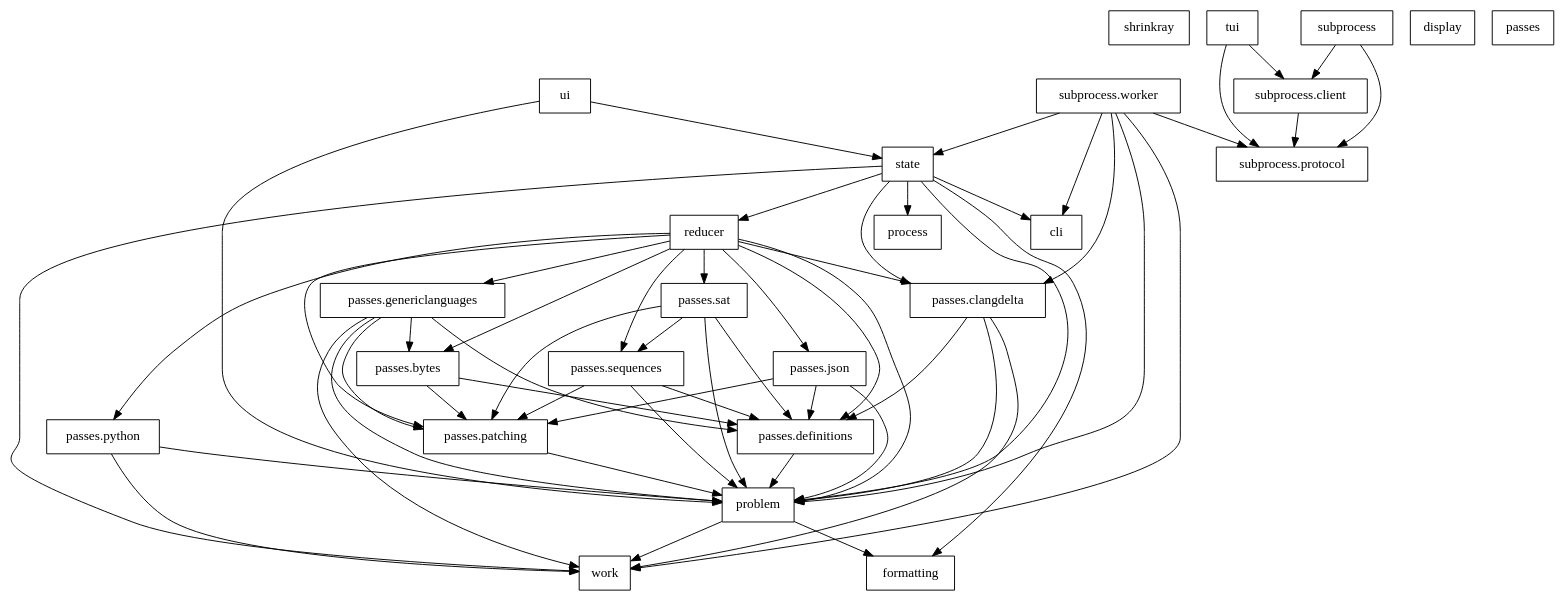
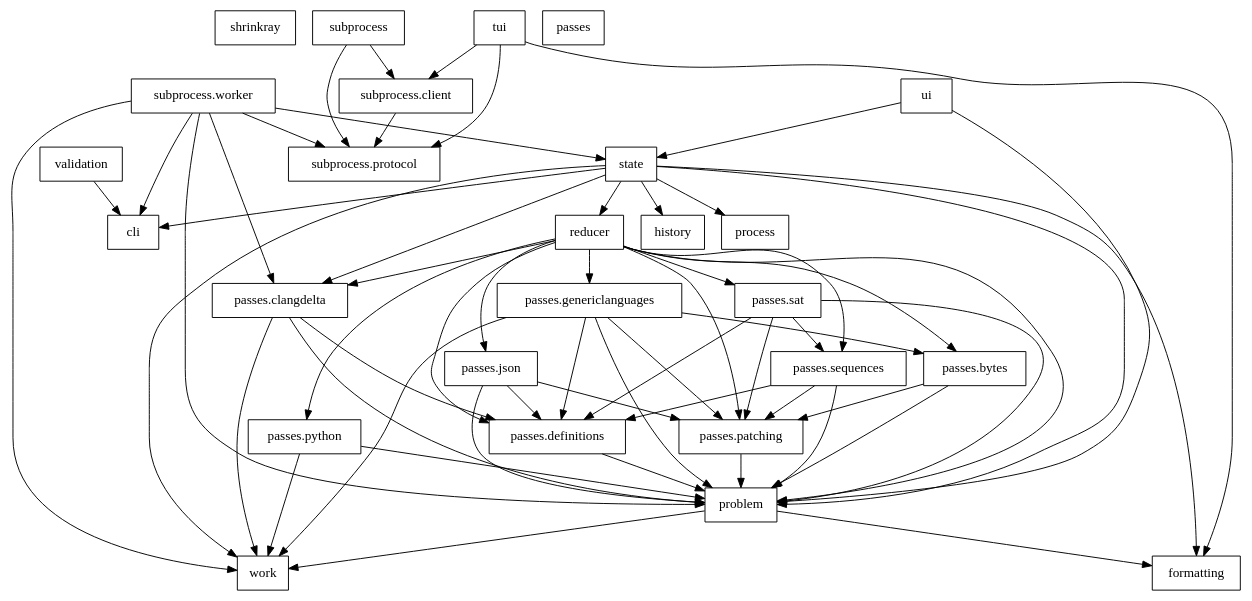
One commit to DRMacIver/shrinkray changed the diagram in notes/import-graph.dot. Above: the diagram before and after it, drawn with Graphviz. The commit also changed 11 other files, not shown here.

```diff
--- a/notes/import-graph.dot
+++ b/notes/import-graph.dot
@@ -1,87 +1,91 @@
 digraph imports {
     rankdir=TB;
     node [shape=box];
 
     "shrinkray";
     "cli";
-    "display";
     "formatting";
+    "history";
     "passes";
     "passes.bytes";
     "passes.clangdelta";
     "passes.definitions";
     "passes.genericlanguages";
     "passes.json";
     "passes.patching";
     "passes.python";
     "passes.sat";
     "passes.sequences";
     "problem";
     "process";
     "reducer";
     "state";
     "subprocess";
     "subprocess.client";
     "subprocess.protocol";
     "subprocess.worker";
     "tui";
     "ui";
+    "validation";
     "work";
 
-    "passes.bytes" -> "passes.definitions";
     "passes.bytes" -> "passes.patching";
+    "passes.bytes" -> "problem";
     "passes.clangdelta" -> "passes.definitions";
     "passes.clangdelta" -> "problem";
     "passes.clangdelta" -> "work";
     "passes.definitions" -> "problem";
     "passes.genericlanguages" -> "passes.bytes";
     "passes.genericlanguages" -> "passes.definitions";
     "passes.genericlanguages" -> "passes.patching";
     "passes.genericlanguages" -> "problem";
     "passes.genericlanguages" -> "work";
     "passes.json" -> "passes.definitions";
     "passes.json" -> "passes.patching";
     "passes.json" -> "problem";
     "passes.patching" -> "problem";
     "passes.python" -> "problem";
     "passes.python" -> "work";
     "passes.sat" -> "passes.definitions";
     "passes.sat" -> "passes.patching";
     "passes.sat" -> "passes.sequences";
     "passes.sat" -> "problem";
     "passes.sequences" -> "passes.definitions";
     "passes.sequences" -> "passes.patching";
     "passes.sequences" -> "problem";
     "problem" -> "formatting";
     "problem" -> "work";
     "reducer" -> "passes.bytes";
     "reducer" -> "passes.clangdelta";
     "reducer" -> "passes.definitions";
     "reducer" -> "passes.genericlanguages";
     "reducer" -> "passes.json";
     "reducer" -> "passes.patching";
     "reducer" -> "passes.python";
     "reducer" -> "passes.sat";
     "reducer" -> "passes.sequences";
     "reducer" -> "problem";
     "state" -> "cli";
     "state" -> "formatting";
+    "state" -> "history";
     "state" -> "passes.clangdelta";
     "state" -> "problem";
     "state" -> "process";
     "state" -> "reducer";
     "state" -> "work";
     "subprocess" -> "subprocess.client";
     "subprocess" -> "subprocess.protocol";
     "subprocess.client" -> "subprocess.protocol";
     "subprocess.worker" -> "cli";
     "subprocess.worker" -> "passes.clangdelta";
     "subprocess.worker" -> "problem";
     "subprocess.worker" -> "state";
     "subprocess.worker" -> "subprocess.protocol";
     "subprocess.worker" -> "work";
+    "tui" -> "formatting";
     "tui" -> "subprocess.client";
     "tui" -> "subprocess.protocol";
     "ui" -> "problem";
     "ui" -> "state";
+    "validation" -> "cli";
 }
```
